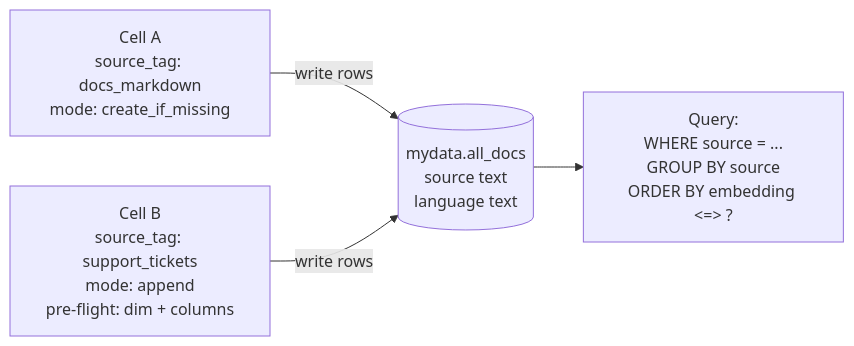
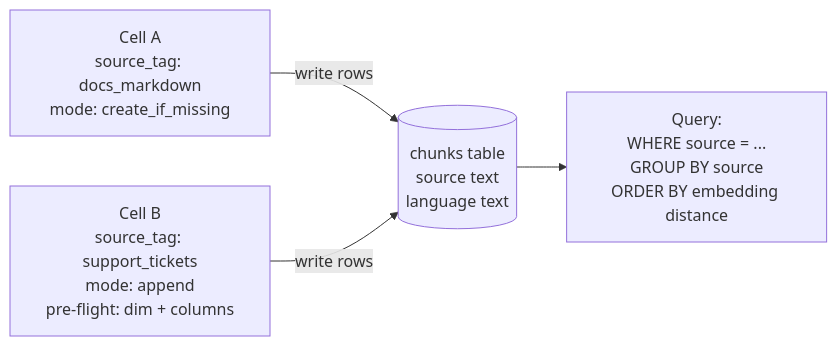
The fourth of 5 diagrams in docs/architecture.md (yonk-labs/chunkshop), drawn with Mermaid before and after one commit. The commit also changed other lines of this file and 8 other files, not shown here.

First line of the commit message:
docs(v0.4.0): per-engine docs, mix doc, architecture + README rewrite

````diff
--- a/docs/architecture.md
+++ b/docs/architecture.md
@@ -198,6 +226,6 @@
 ```mermaid
 flowchart LR
-    CA[Cell A<br/>source_tag: docs_markdown<br/>mode: create_if_missing] -->|write rows| T[(mydata.all_docs<br/>source text<br/>language text)]
+    CA[Cell A<br/>source_tag: docs_markdown<br/>mode: create_if_missing] -->|write rows| T[(chunks table<br/>source text<br/>language text)]
     CB[Cell B<br/>source_tag: support_tickets<br/>mode: append<br/>pre-flight: dim + columns] -->|write rows| T
-    T --> Q[Query:<br/>WHERE source = ...<br/>GROUP BY source<br/>ORDER BY embedding <=> ?]
+    T --> Q[Query:<br/>WHERE source = ...<br/>GROUP BY source<br/>ORDER BY embedding distance]
 ```
````
